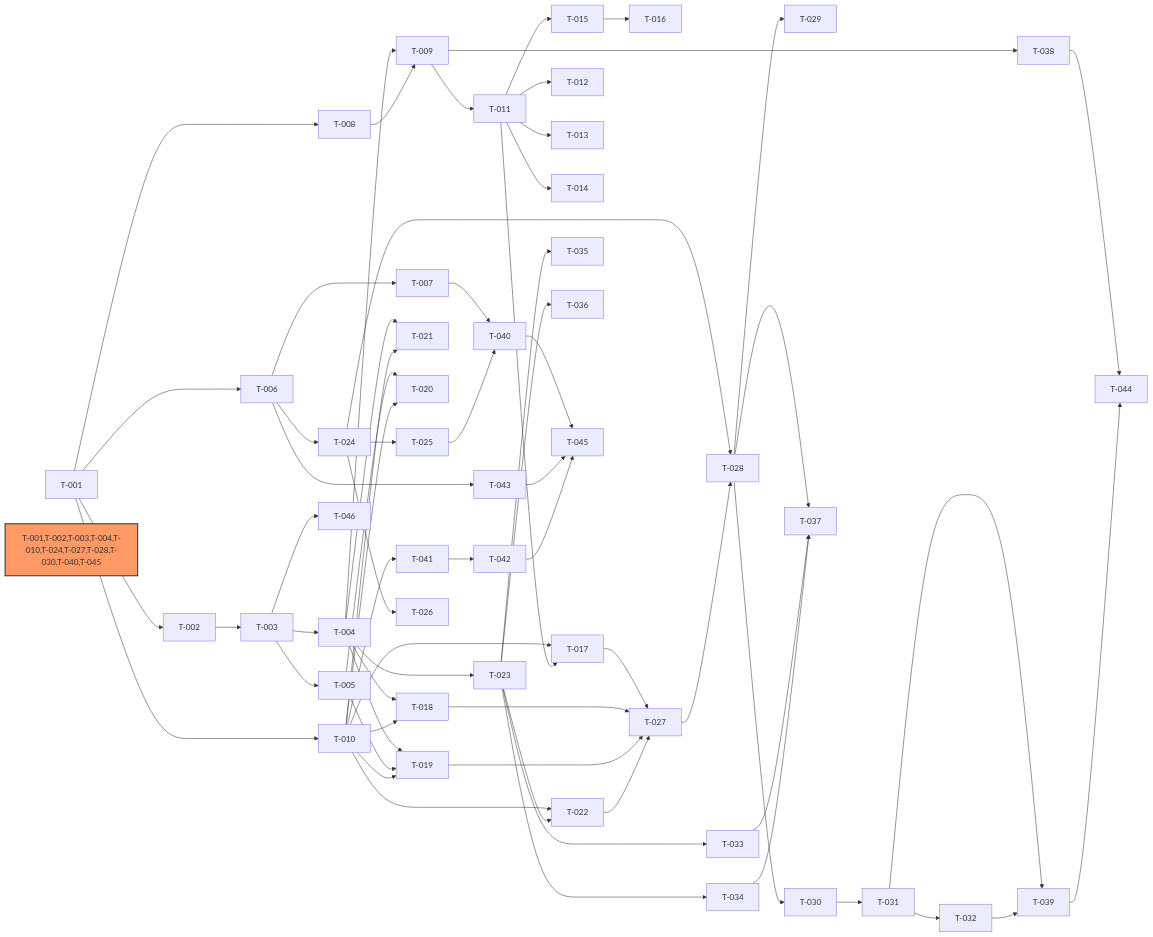
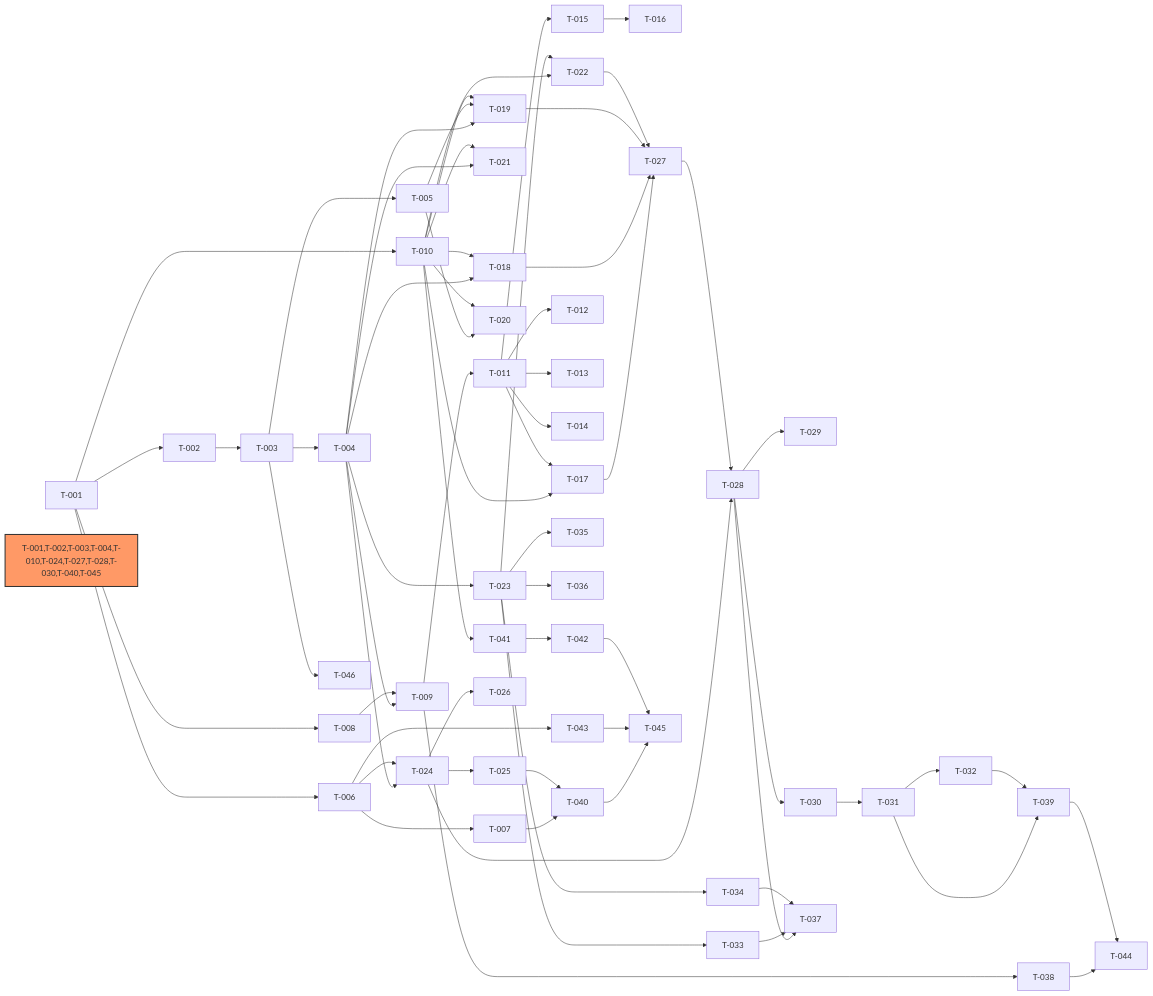
Before and after one commit to lync-cyber/intelli-source: the diagram in docs/dev-plan/dev-plan-intellisource-v1.md, drawn with Mermaid. The commit also changed 7 other files, not shown here.

````diff
--- a/docs/dev-plan/dev-plan-intellisource-v1.md
+++ b/docs/dev-plan/dev-plan-intellisource-v1.md
@@ -88,68 +88,69 @@
 ```mermaid
 graph LR
     T-001 --> T-002
     T-001 --> T-006
     T-001 --> T-008
     T-001 --> T-010
     T-002 --> T-003
     T-003 --> T-004
     T-003 --> T-005
     T-003 --> T-046
     T-004 --> T-009
     T-004 --> T-018
     T-004 --> T-019
     T-004 --> T-021
     T-004 --> T-023
     T-005 --> T-019
     T-005 --> T-020
     T-006 --> T-007
+    T-004 --> T-024
     T-006 --> T-024
     T-006 --> T-043
     T-007 --> T-040
     T-008 --> T-009
     T-009 --> T-011
     T-009 --> T-038
     T-010 --> T-017
     T-010 --> T-018
     T-010 --> T-019
     T-010 --> T-020
     T-010 --> T-021
     T-010 --> T-022
     T-010 --> T-041
     T-011 --> T-012
     T-011 --> T-013
     T-011 --> T-014
     T-011 --> T-015
     T-011 --> T-017
     T-015 --> T-016
     T-017 --> T-027
     T-018 --> T-027
     T-019 --> T-027
     T-022 --> T-027
     T-023 --> T-022
     T-023 --> T-033
     T-023 --> T-034
     T-023 --> T-035
     T-023 --> T-036
     T-024 --> T-025
     T-024 --> T-026
     T-024 --> T-028
     T-025 --> T-040
     T-027 --> T-028
     T-028 --> T-029
     T-028 --> T-030
     T-028 --> T-037
     T-030 --> T-031
     T-031 --> T-032
     T-031 --> T-039
     T-032 --> T-039
     T-033 --> T-037
     T-034 --> T-037
     T-038 --> T-044
     T-039 --> T-044
     T-040 --> T-045
     T-041 --> T-042
     T-043 --> T-045
     T-042 --> T-045
     style T-001,T-002,T-003,T-004,T-010,T-024,T-027,T-028,T-030,T-040,T-045 fill:#f96,stroke:#333,stroke-width:2px
 ```
````
